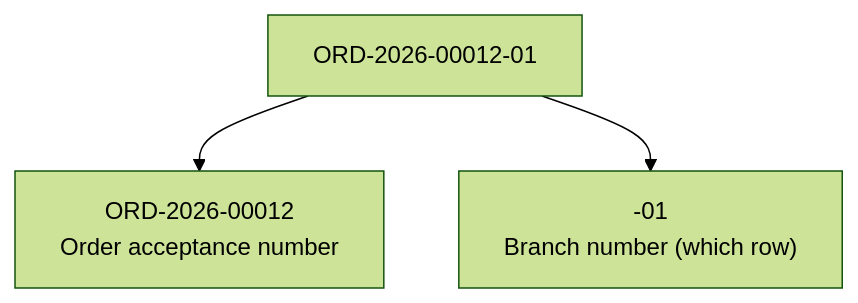
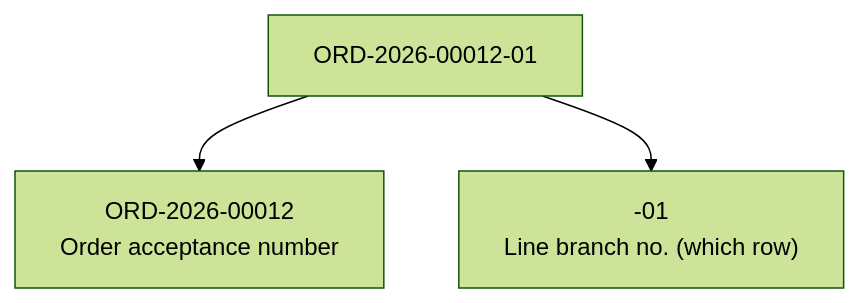
Before and after one commit to Kuisin/ckk-tool-v3: the first of 2 diagrams in coolify/apps/nextjs-web/content/manual/operations/sales/order-line/user.en.md, drawn with Mermaid (forest theme). The commit also changed other lines of this file and 29 other files, not shown here.

````diff
--- a/coolify/apps/nextjs-web/content/manual/operations/sales/order-line/user.en.md
+++ b/coolify/apps/nextjs-web/content/manual/operations/sales/order-line/user.en.md
@@ -34,5 +35,5 @@
 ```mermaid
 flowchart TD
   num["ORD-2026-00012-01"] --> head["ORD-2026-00012<br/>Order acceptance number"]
-  num --> br["-01<br/>Branch number (which row)"]
+  num --> br["-01<br/>Line branch no. (which row)"]
 ```
````
